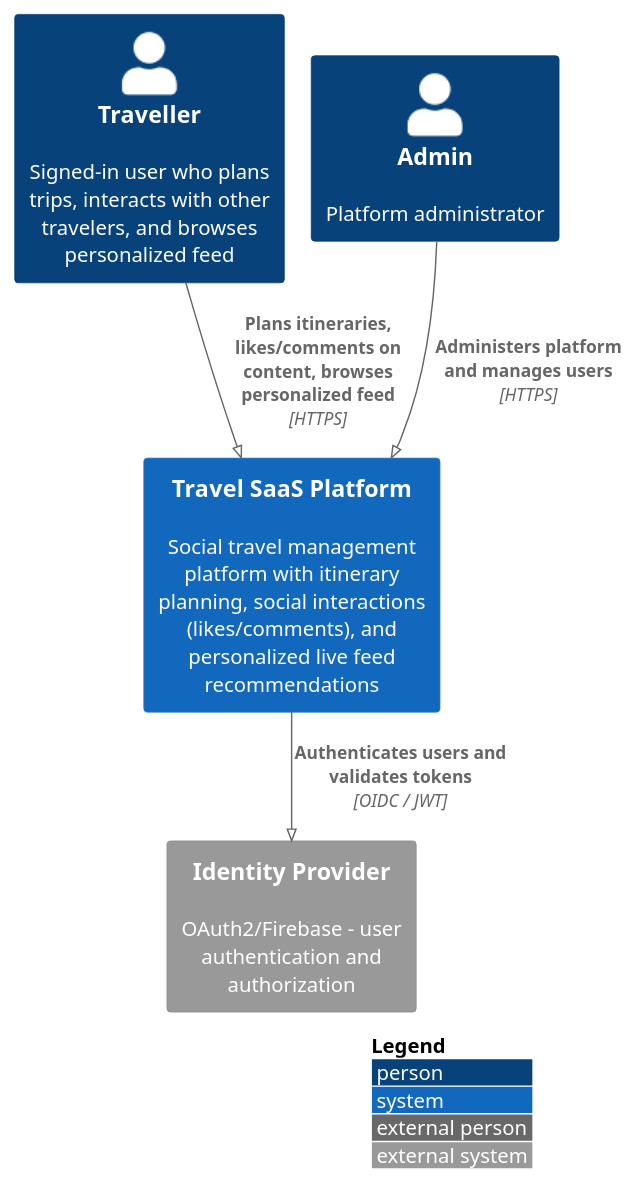
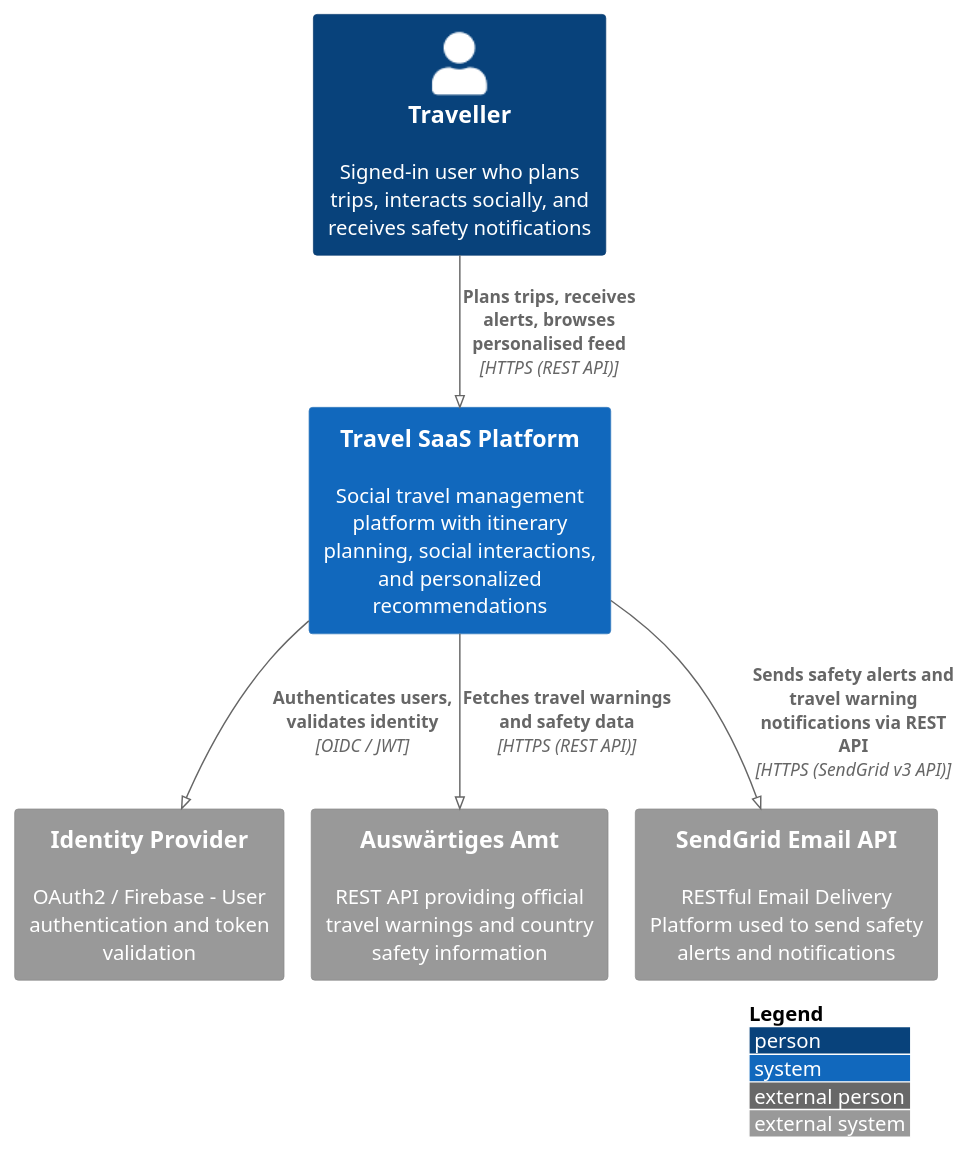
Before and after one commit to leotschritter/cad-backend: the diagram in docs/diagrams/c4/01_system_context.puml, drawn with PlantUML.

Commit message:
docs: update system context diagram with enhanced user roles and external systems

```diff
--- a/docs/diagrams/c4/01_system_context.puml
+++ b/docs/diagrams/c4/01_system_context.puml
@@ -1,22 +1,24 @@
 @startuml SystemContext
 !include <C4/C4_Context>
 
-' Use SMETANA layout engine instead of Graphviz
 !pragma layout smetana
-
-' Title and purpose
 LAYOUT_WITH_LEGEND()
 
-Person(traveller, "Traveller", "Signed-in user who plans trips, interacts with other travelers, and browses personalized feed")
-Person(admin, "Admin", "Platform administrator")
+' Persons
+Person(traveller, "Traveller", "Signed-in user who plans trips, interacts socially, and receives safety notifications")
 
-System(travelSaaS, "Travel SaaS Platform", "Social travel management platform with itinerary planning, social interactions (likes/comments), and personalized live feed recommendations")
+' Systems
+System(travelSaaS, "Travel SaaS Platform", "Social travel management platform with itinerary planning, social interactions, and personalized recommendations")
 
-System_Ext(identity, "Identity Provider", "OAuth2/Firebase - user authentication and authorization")
+' External Systems
+System_Ext(identity, "Identity Provider", "OAuth2 / Firebase - User authentication and token validation")
+System_Ext(auswaertigesAmt, "Auswärtiges Amt", "REST API providing official travel warnings and country safety information")
+System_Ext(emailApi, "SendGrid Email API", "RESTful Email Delivery Platform used to send safety alerts and notifications")
 
-Rel(traveller, travelSaaS, "Plans itineraries, likes/comments on content, browses personalized feed", "HTTPS")
-Rel(admin, travelSaaS, "Administers platform and manages users", "HTTPS")
-
-Rel(travelSaaS, identity, "Authenticates users and validates tokens", "OIDC / JWT")
+' Relationships
+Rel(traveller, travelSaaS, "Plans trips, receives alerts, browses personalised feed", "HTTPS (REST API)")
+Rel(travelSaaS, identity, "Authenticates users, validates identity", "OIDC / JWT")
+Rel(travelSaaS, auswaertigesAmt, "Fetches travel warnings and safety data", "HTTPS (REST API)")
+Rel(travelSaaS, emailApi, "Sends safety alerts and travel warning notifications via REST API", "HTTPS (SendGrid v3 API)")
 
 @enduml
```
